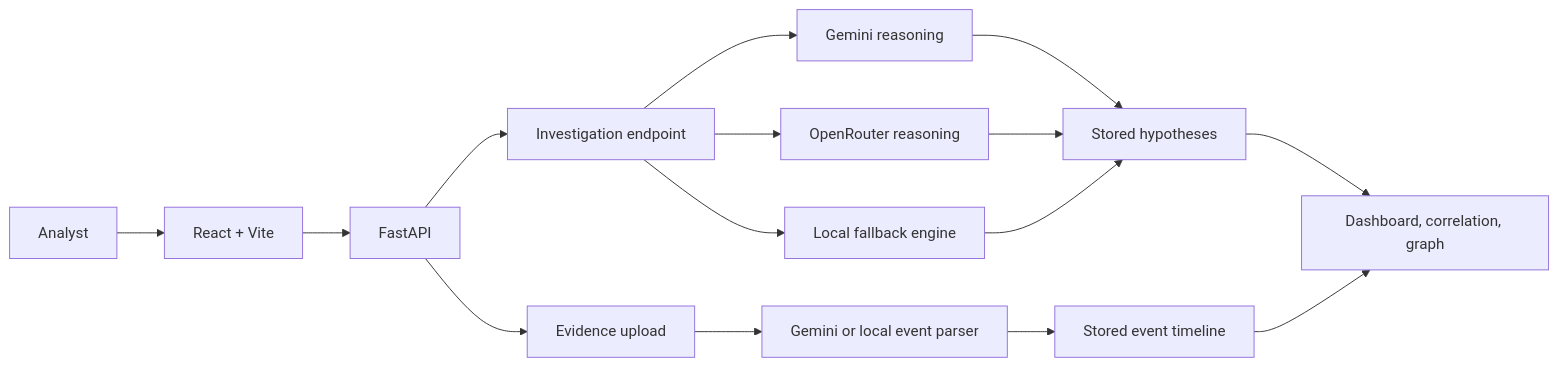
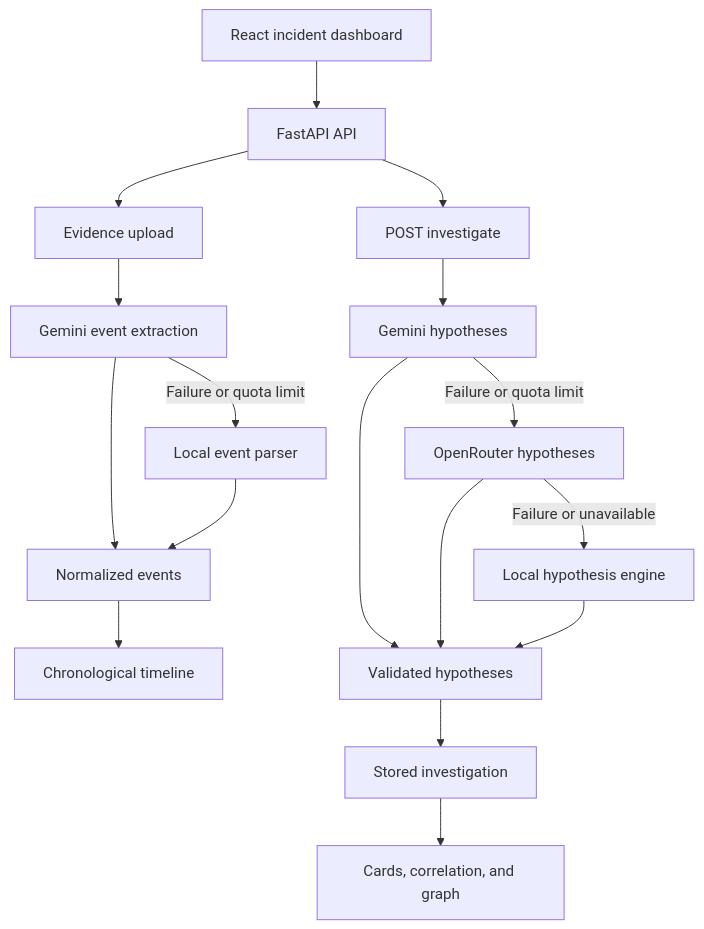
The diagram in README.md (loveshroy67/black-box-investigator), drawn with Mermaid before and after one commit. The commit also changed other lines of this file and 1 other file, not shown here.

````diff
--- a/README.md
+++ b/README.md
@@ -23,17 +110,19 @@
 ```mermaid
-flowchart LR
-    User[Analyst] --> Frontend[React + Vite]
-    Frontend --> API[FastAPI]
-    API --> Upload[Evidence upload]
-    Upload --> Extract[Gemini or local event parser]
-    Extract --> Timeline[Stored event timeline]
-    API --> Investigate[Investigation endpoint]
-    Investigate --> Gemini[Gemini reasoning]
-    Investigate --> Router[OpenRouter reasoning]
-    Investigate --> Local[Local fallback engine]
-    Gemini --> Hypotheses[Stored hypotheses]
-    Router --> Hypotheses
-    Local --> Hypotheses
-    Hypotheses --> Views[Dashboard, correlation, graph]
-    Timeline --> Views
+flowchart TD
+    UI[React incident dashboard] --> API[FastAPI API]
+    API --> Evidence[Evidence upload]
+    Evidence --> Parser[Gemini event extraction]
+    Parser -->|Failure or quota limit| LocalParser[Local event parser]
+    Parser --> Events[Normalized events]
+    LocalParser --> Events
+    Events --> Timeline[Chronological timeline]
+    API --> Investigate[POST investigate]
+    Investigate --> Gemini[Gemini hypotheses]
+    Gemini -->|Failure or quota limit| OpenRouter[OpenRouter hypotheses]
+    OpenRouter -->|Failure or unavailable| Local[Local hypothesis engine]
+    Gemini --> Results[Validated hypotheses]
+    OpenRouter --> Results
+    Local --> Results
+    Results --> Store[Stored investigation]
+    Store --> Dashboard[Cards, correlation, and graph]
 ```
````
